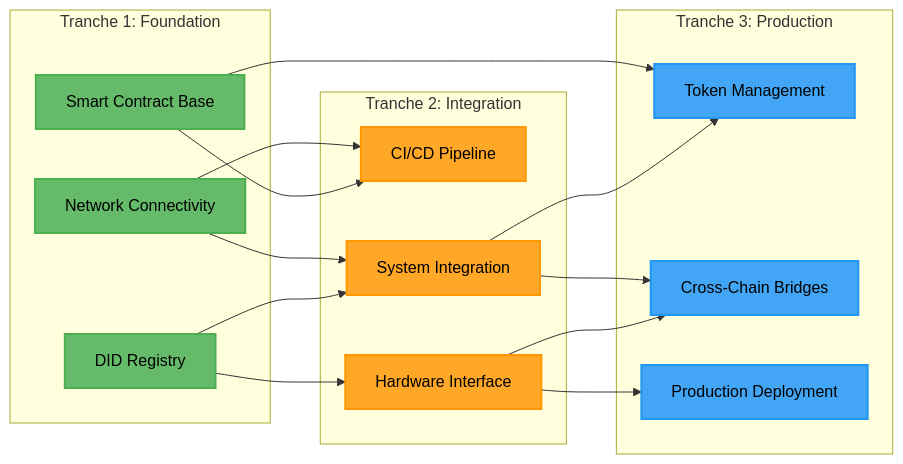
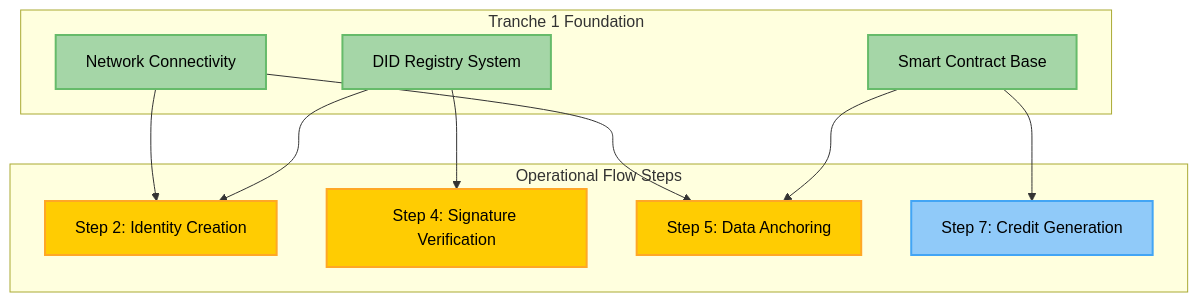
The tenth of 12 diagrams in README.md (brn-mwai/aximobility-blockchain), drawn with Mermaid before and after one commit. The commit also changed other lines of this file, not shown here.

````diff
--- a/README.md
+++ b/README.md
@@ -252,41 +396,30 @@
 ```mermaid
-graph LR
-    subgraph "Tranche 1: Foundation"
+flowchart TD
+    subgraph "Tranche 1 Foundation"
         A[Network Connectivity]
-        B[DID Registry]
+        B[DID Registry System]
         C[Smart Contract Base]
     end
     
-    subgraph "Tranche 2: Integration"
-        D[CI/CD Pipeline]
-        E[System Integration]
-        F[Hardware Interface]
-    end
-    
-    subgraph "Tranche 3: Production"
-        G[Token Management]
-        H[Cross-Chain Bridges]
-        I[Production Deployment]
+    subgraph "Operational Flow Steps"
+        D[Step 2: Identity Creation]
+        E[Step 4: Signature Verification]
+        F[Step 5: Data Anchoring]
+        G[Step 7: Credit Generation]
     end
     
     A --> D
-    A --> E
+    A --> F
+    B --> D
     B --> E
-    B --> F
-    C --> D
+    C --> F
     C --> G
-    E --> G
-    E --> H
-    F --> H
-    F --> I
     
-    style A fill:#66BB6A,stroke:#4CAF50,stroke-width:2px,color:#000
-    style B fill:#66BB6A,stroke:#4CAF50,stroke-width:2px,color:#000
-    style C fill:#66BB6A,stroke:#4CAF50,stroke-width:2px,color:#000
-    style D fill:#FFA726,stroke:#FF9800,stroke-width:2px,color:#000
-    style E fill:#FFA726,stroke:#FF9800,stroke-width:2px,color:#000
-    style F fill:#FFA726,stroke:#FF9800,stroke-width:2px,color:#000
-    style G fill:#42A5F5,stroke:#2196F3,stroke-width:2px,color:#000
-    style H fill:#42A5F5,stroke:#2196F3,stroke-width:2px,color:#000
-    style I fill:#42A5F5,stroke:#2196F3,stroke-width:2px,color:#000
+    style A fill:#A5D6A7,stroke:#66BB6A,stroke-width:2px,color:#000
+    style B fill:#A5D6A7,stroke:#66BB6A,stroke-width:2px,color:#000
+    style C fill:#A5D6A7,stroke:#66BB6A,stroke-width:2px,color:#000
+    style D fill:#FFCC02,stroke:#FFA726,stroke-width:2px,color:#000
+    style E fill:#FFCC02,stroke:#FFA726,stroke-width:2px,color:#000
+    style F fill:#FFCC02,stroke:#FFA726,stroke-width:2px,color:#000
+    style G fill:#90CAF9,stroke:#42A5F5,stroke-width:2px,color:#000
 ```
````
